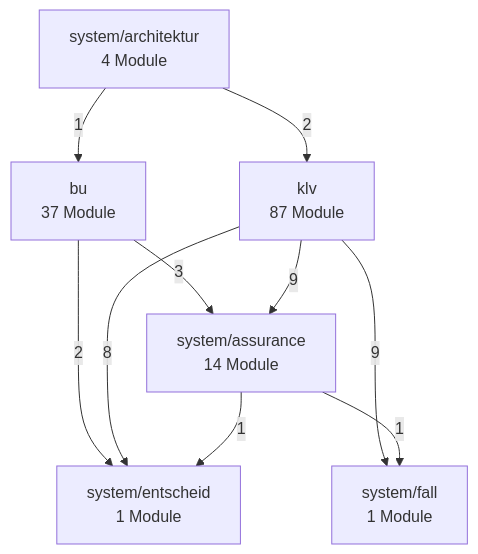
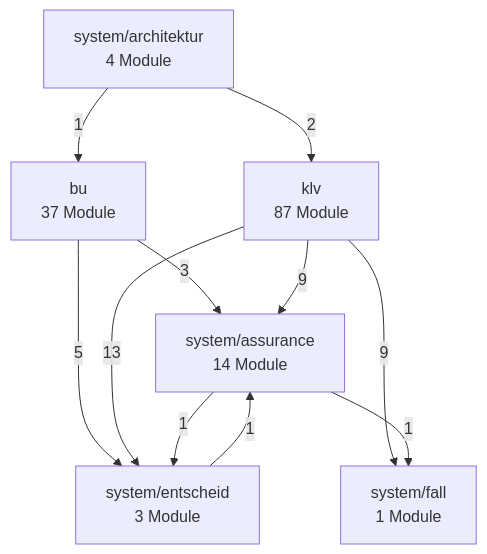
Before and after one commit to bartlmac/rechner-pipeline: the second of 3 diagrams in docs/architektur/landkarte.md, drawn with Mermaid. The commit also changed other lines of this file and 18 other files, not shown here.

````diff
--- a/docs/architektur/landkarte.md
+++ b/docs/architektur/landkarte.md
@@ -78,19 +78,20 @@
 ```mermaid
 %% Fachknoten — erzeugt von ontologie.landkarte
 flowchart TD
     bu["bu<br/>37 Module"]
     klv["klv<br/>87 Module"]
     system_architektur["system/architektur<br/>4 Module"]
     system_assurance["system/assurance<br/>14 Module"]
-    system_entscheid["system/entscheid<br/>1 Module"]
+    system_entscheid["system/entscheid<br/>3 Module"]
     system_fall["system/fall<br/>1 Module"]
     bu -- 3 --> system_assurance
-    bu -- 2 --> system_entscheid
+    bu -- 5 --> system_entscheid
     klv -- 9 --> system_assurance
-    klv -- 8 --> system_entscheid
+    klv -- 13 --> system_entscheid
     klv -- 9 --> system_fall
     system_architektur -- 1 --> bu
     system_architektur -- 2 --> klv
     system_assurance -- 1 --> system_entscheid
     system_assurance -- 1 --> system_fall
+    system_entscheid -- 1 --> system_assurance
 ```
````
